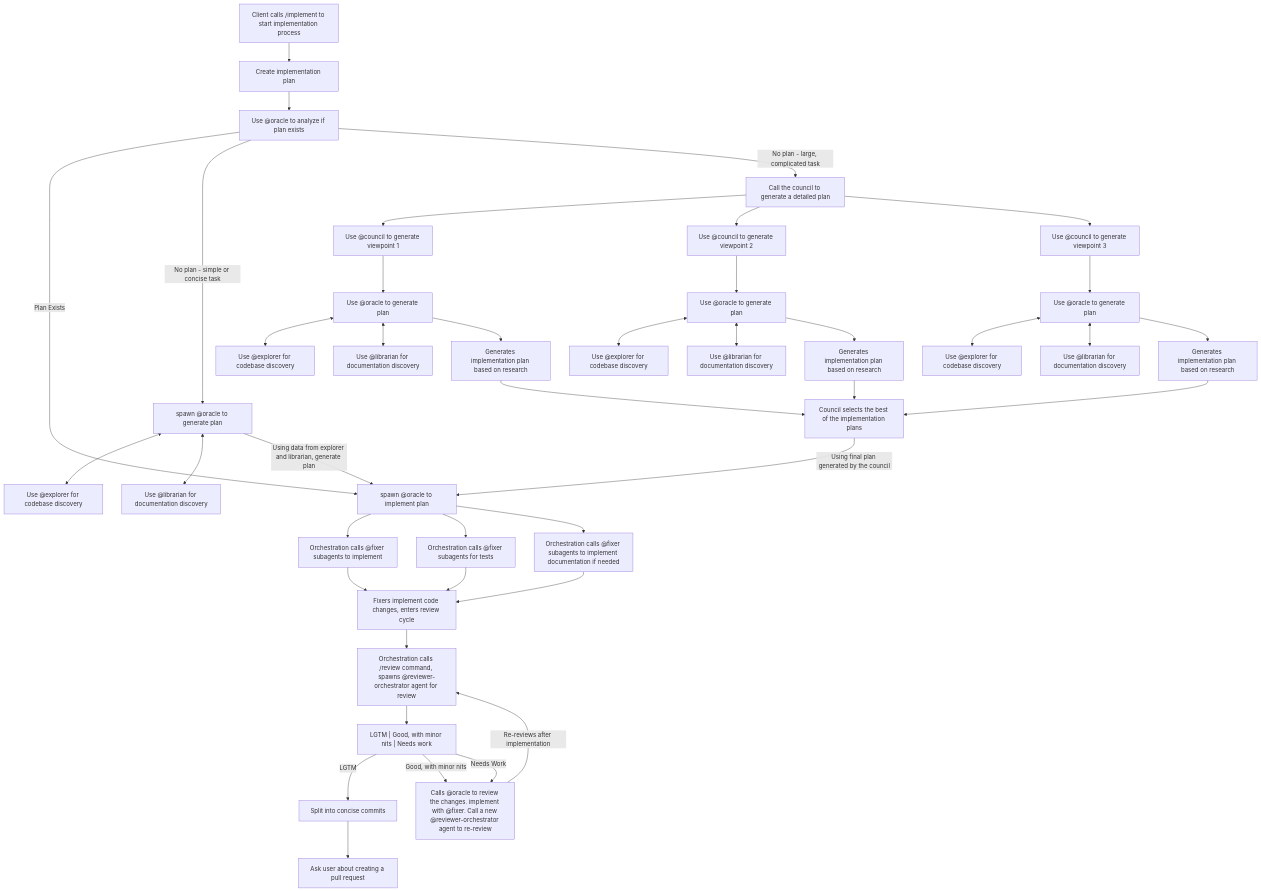
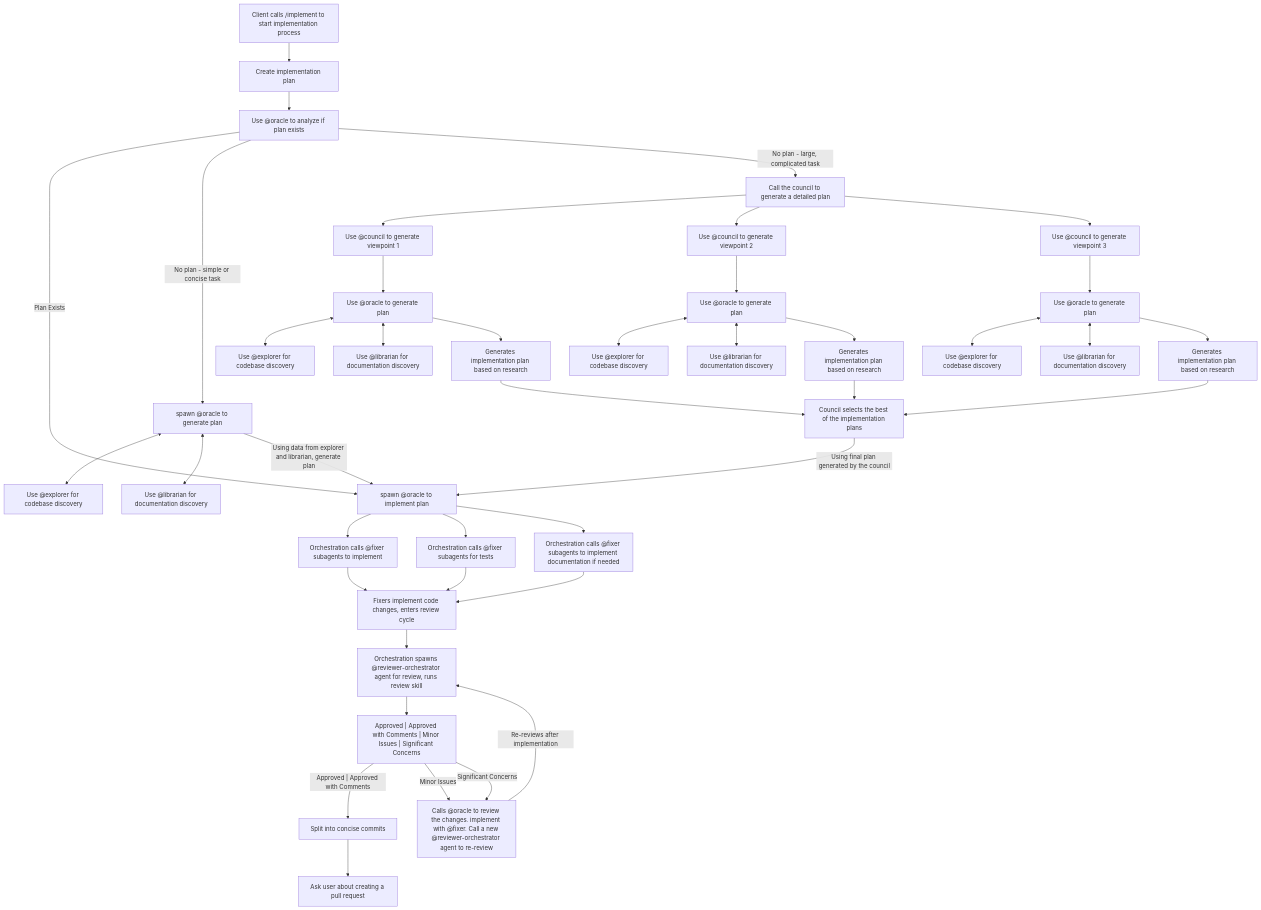
The diagram in opencode/.config/opencode/command/implement.md (joseiciano/dotfiles), drawn with Mermaid before and after one commit. The commit also changed other lines of this file and 47 other files, not shown here.

````diff
--- a/opencode/.config/opencode/command/implement.md
+++ b/opencode/.config/opencode/command/implement.md
@@ -36,53 +39,53 @@
 ```mermaid
 flowchart TD
     Client[Client calls /implement to start implementation process] --> Orchestration[Create implementation plan]
 
     Orchestration --> Planner[Use @oracle to analyze if plan exists]
     Planner -- "Plan Exists" --> Plan[Spawn @oracle to implement plan]
 
     Planner -- "No plan - simple or concise task" --> OraclePlanner[spawn @oracle to generate plan]
     OraclePlanner <--> ExplorerPlanner[Use @explorer for codebase discovery]
     OraclePlanner <--> LibraryPlanner[Use @librarian for documentation discovery]
     OraclePlanner -- Using data from explorer and librarian, generate plan --> Plan[spawn @oracle to implement plan]
     
     Planner -- "No plan - large, complicated task" --> CouncilCall[Call the council to generate a detailed plan]
     CouncilCall --> Council1[Use @council to generate viewpoint 1]
     Council1 --> Oracle1[Use @oracle to generate plan]
     Oracle1 <--> Explorer1[Use @explorer for codebase discovery]
     Oracle1 <--> Library1[Use @librarian for documentation discovery]
     Oracle1 --> Plan1[Generates implementation plan based on research]
 
     CouncilCall --> Council2[Use @council to generate viewpoint 2]
     Council2 --> Oracle2[Use @oracle to generate plan]
     Oracle2 <--> Explorer2[Use @explorer for codebase discovery]
     Oracle2 <--> Library2[Use @librarian for documentation discovery]
     Oracle2 --> Plan2[Generates implementation plan based on research]
 
     CouncilCall --> Council3[Use @council to generate viewpoint 3]
     Council3 --> Oracle3[Use @oracle to generate plan]
     Oracle3 <--> Explorer3[Use @explorer for codebase discovery]
     Oracle3 <--> Library3[Use @librarian for documentation discovery]
     Oracle3 --> Plan3[Generates implementation plan based on research]
 
     Plan1 --> Council[Council selects the best of the implementation plans]
     Plan2 --> Council[Council selects the best of the implementation plans]
     Plan3 --> Council[Council selects the best of the implementation plans]
 
     Council -- "Using final plan generated by the council" --> Plan[spawn @oracle to implement plan]
 
     Plan --> FixerBlock1[Orchestration calls @fixer subagents to implement]
     Plan --> FixerBlock2[Orchestration calls @fixer subagents for tests]
     Plan --> FixerBlock3[Orchestration calls @fixer subagents to implement documentation if needed]
 
     FixerBlock1 --> Imp[Fixers implement code changes, enters review cycle]
     FixerBlock2 --> Imp[Fixers implement code changes, enters review cycle]
     FixerBlock3 --> Imp[Fixers implement code changes, enters review cycle]
-    Imp --> Reviewer-Orchestrator[Orchestration calls /review command, spawns @reviewer-orchestrator agent for review]
-    Reviewer-Orchestrator --> LGTMCheck["LGTM | Good, with minor nits | Needs work"]
-    LGTMCheck -- "LGTM" --> Commits[Split into concise commits]
-    LGTMCheck -- "Good, with minor nits" --> ReviewOracle[Calls @oracle to review the changes suggested. implement with @fixer if needed. Call a new @reviewer-orchestrator agent to re-review]
-    LGTMCheck -- "Needs Work" --> ReviewOracle[Calls @oracle to review the changes. implement with @fixer. Call a new @reviewer-orchestrator agent to re-review]
+    Imp --> Reviewer-Orchestrator[Orchestration spawns @reviewer-orchestrator agent for review, runs review skill]
+    Reviewer-Orchestrator --> LGTMCheck["Approved | Approved with Comments | Minor Issues | Significant Concerns"]
+    LGTMCheck -- "Approved | Approved with Comments" --> Commits[Split into concise commits]
+    LGTMCheck -- "Minor Issues" --> ReviewOracle[Calls @oracle to review the changes suggested. implement with @fixer if needed. Call a new @reviewer-orchestrator agent to re-review]
+    LGTMCheck -- "Significant Concerns" --> ReviewOracle[Calls @oracle to review the changes. implement with @fixer. Call a new @reviewer-orchestrator agent to re-review]
     ReviewOracle -- "Re-reviews after implementation" --> Reviewer-Orchestrator
 
     Commits --> EndUser["Ask user about creating a pull request"]
 ```
````
